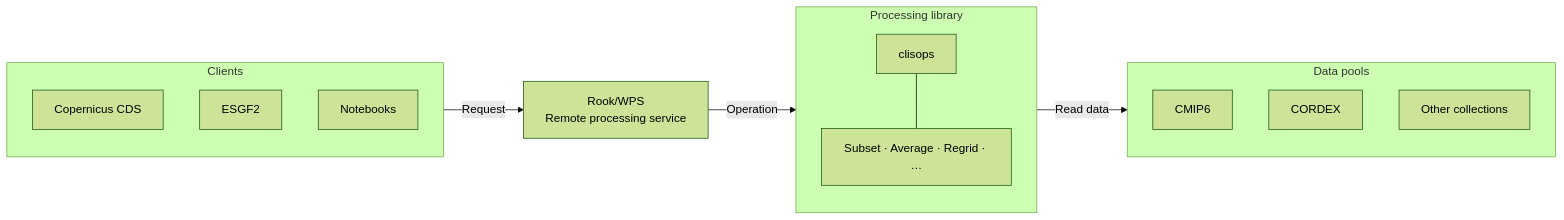
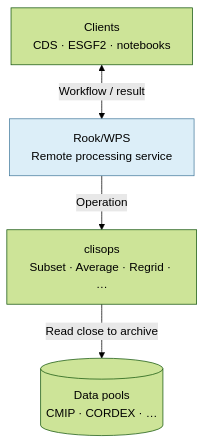
One commit to roocs/rook changed the first of 11 diagrams in Rook_WPS_ESGF2_talk_draft.md. Above: the diagram before and after it, drawn with Mermaid (forest theme). The commit also changed other lines of this file, not shown here.

````diff
--- a/Rook_WPS_ESGF2_talk_draft.md
+++ b/Rook_WPS_ESGF2_talk_draft.md
@@ -25,26 +25,12 @@
 ```mermaid
-flowchart LR
-    subgraph Clients
-        CDS["Copernicus CDS"]
-        ESGF["ESGF2"]
-        NB["Notebooks"]
-    end
+flowchart TD
+    Clients["Clients<br/>CDS · ESGF2 · notebooks"]
+    Rook["Rook/WPS<br/>Remote processing service"]
+    Ops["clisops<br/>Subset · Average · Regrid · …"]
+    Data[("Data pools<br/>CMIP · CORDEX · …")]
 
-    Rook["Rook/WPS<br/>Remote processing service"]
-
-    subgraph Processing["Processing library"]
-        Clisops["clisops"]
-        Ops["Subset · Average · Regrid · …"]
-        Clisops --- Ops
-    end
-
-    subgraph Data["Data pools"]
-        CMIP6["CMIP6"]
-        CORDEX["CORDEX"]
-        Other["Other collections"]
-    end
-
-    Clients -->|"Request"| Rook
-    Rook -->|"Operation"| Processing
-    Processing -->|"Read data"| Data
+    Clients <-->|"Workflow / result"| Rook
+    Rook -->|"Operation"| Ops
+    Ops -->|"Read close to archive"| Data
+    style Rook fill:#dceef8,stroke:#457b9d,color:#000
 ```
````
